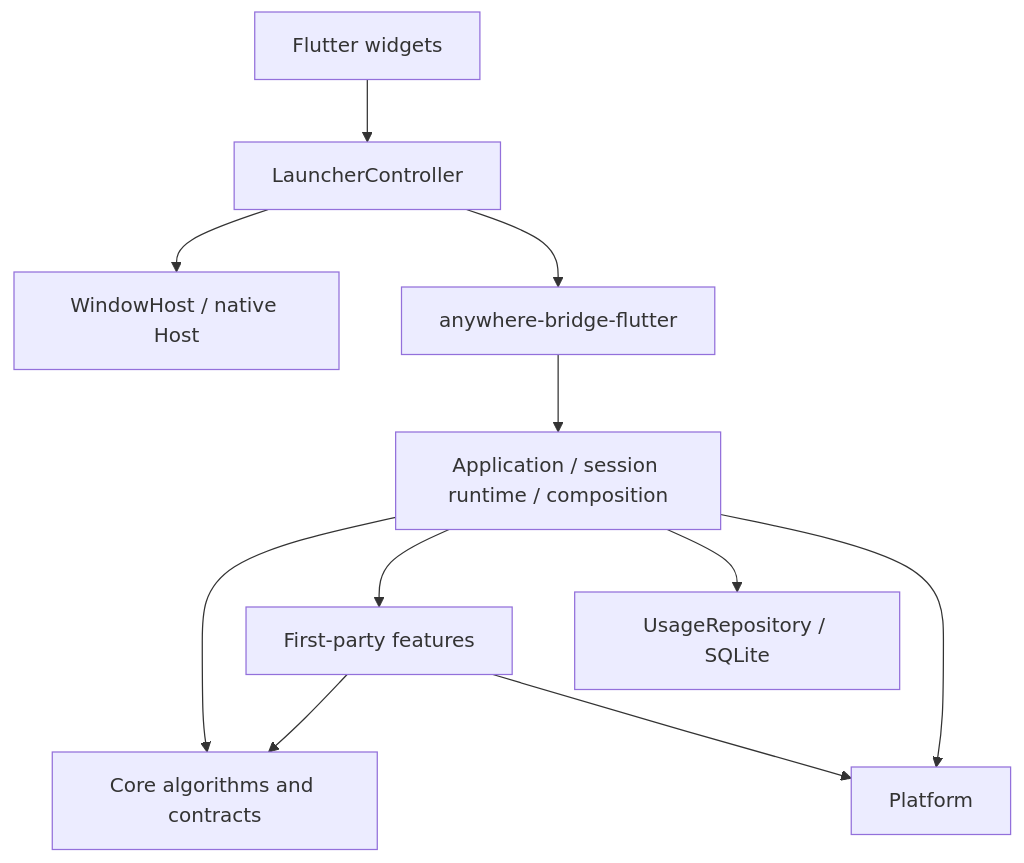
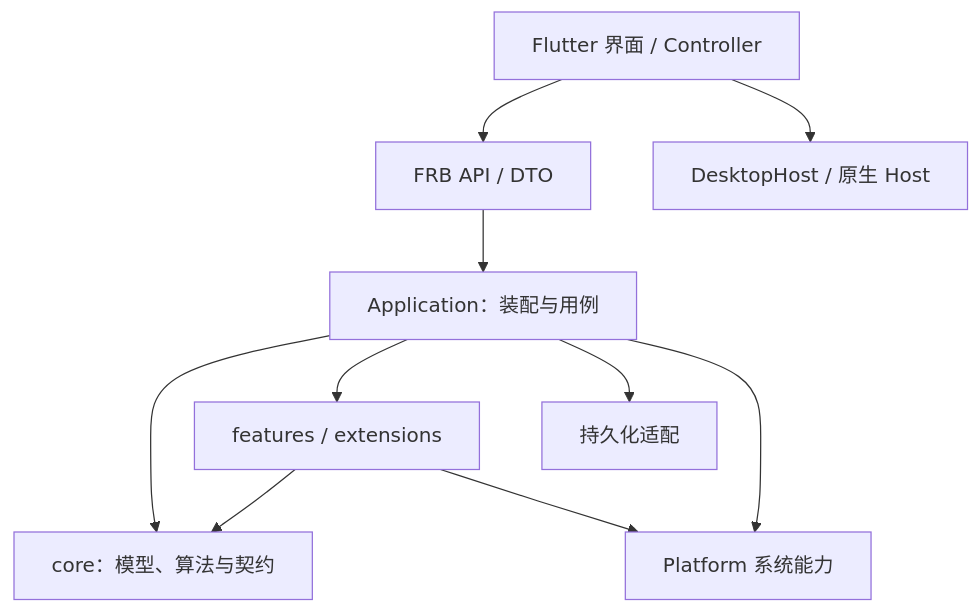
Before and after one commit to FantasyDream/Anywhere: the diagram in docs/architecture.md, drawn with Mermaid. The commit also changed other lines of this file and 187 other files, not shown here.

````diff
--- a/docs/architecture.md
+++ b/docs/architecture.md
@@ -5,13 +7,12 @@
 ```mermaid
 flowchart TD
-  UI[Flutter widgets] --> CTRL[LauncherController]
-  CTRL --> WIN[WindowHost / native Host]
-  CTRL --> BRIDGE[anywhere-bridge-flutter]
-  BRIDGE --> APP[Application / session runtime / composition]
-  APP --> CORE[Core algorithms and contracts]
-  APP --> FEATURE[First-party features]
-  FEATURE --> CORE
-  APP --> DB[UsageRepository / SQLite]
-  APP --> PLATFORM[Platform]
-  FEATURE --> PLATFORM
+    UI[Flutter 界面 / Controller] --> Bridge[FRB API / DTO]
+    UI --> Host[DesktopHost / 原生 Host]
+    Bridge --> App[Application：装配与用例]
+    App --> Core[core：模型、算法与契约]
+    App --> Modules[features / extensions]
+    Modules --> Core
+    App --> Persistence[持久化适配]
+    App --> Platform[Platform 系统能力]
+    Modules --> Platform
 ```
````
